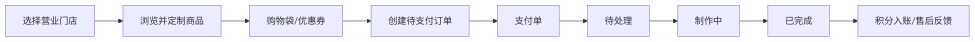
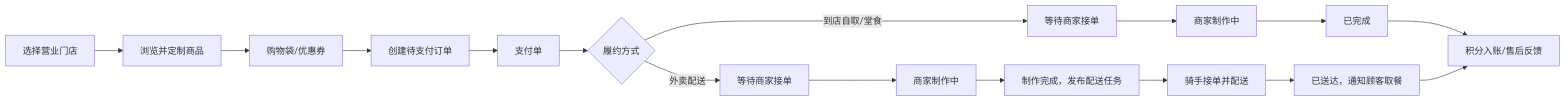
Before and after one commit to Epiphany119/coffee-order: the diagram in docs/PROJECT_OVERVIEW.md, drawn with Mermaid. The commit also changed other lines of this file and 29 other files, not shown here.

````diff
--- a/docs/PROJECT_OVERVIEW.md
+++ b/docs/PROJECT_OVERVIEW.md
@@ -23,11 +23,18 @@
 ```mermaid
 flowchart LR
   A[选择营业门店] --> B[浏览并定制商品]
   B --> C[购物袋/优惠券]
   C --> D[创建待支付订单]
   D --> E[支付单]
-  E --> F[待处理]
-  F --> G[制作中]
-  G --> H[已完成]
-  H --> I[积分入账/售后反馈]
+  E --> F{履约方式}
+  F -->|到店自取/堂食| G[等待商家接单]
+  G --> H[商家制作中]
+  H --> I[已完成]
+  F -->|外卖配送| J[等待商家接单]
+  J --> K[商家制作中]
+  K --> L[制作完成，发布配送任务]
+  L --> M[骑手接单并配送]
+  M --> N[已送达，通知顾客取餐]
+  I --> O[积分入账/售后反馈]
+  N --> O
 ```
````
